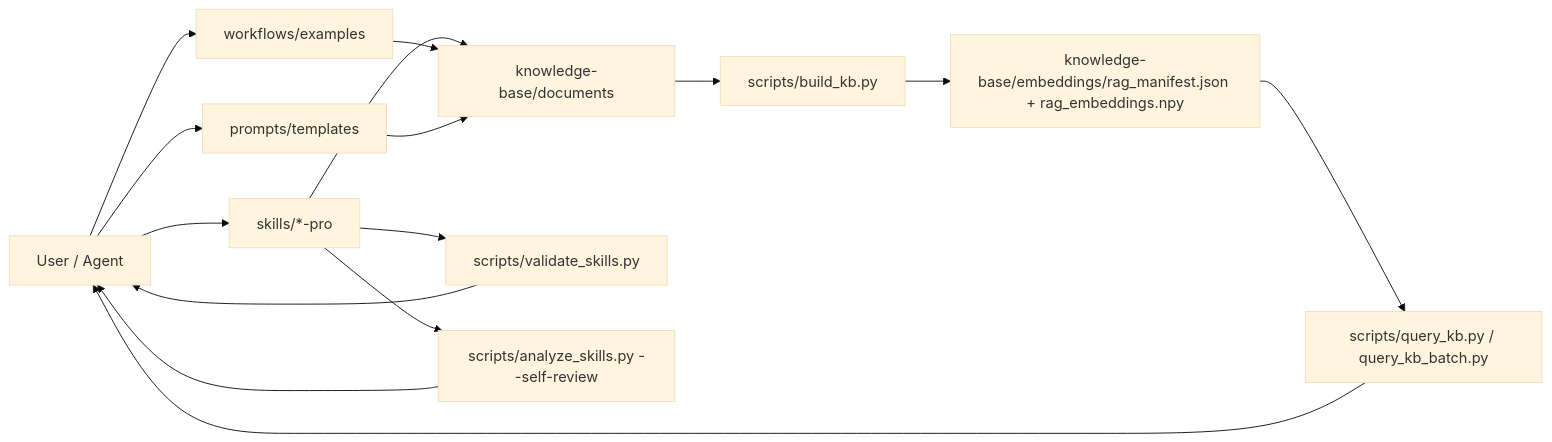
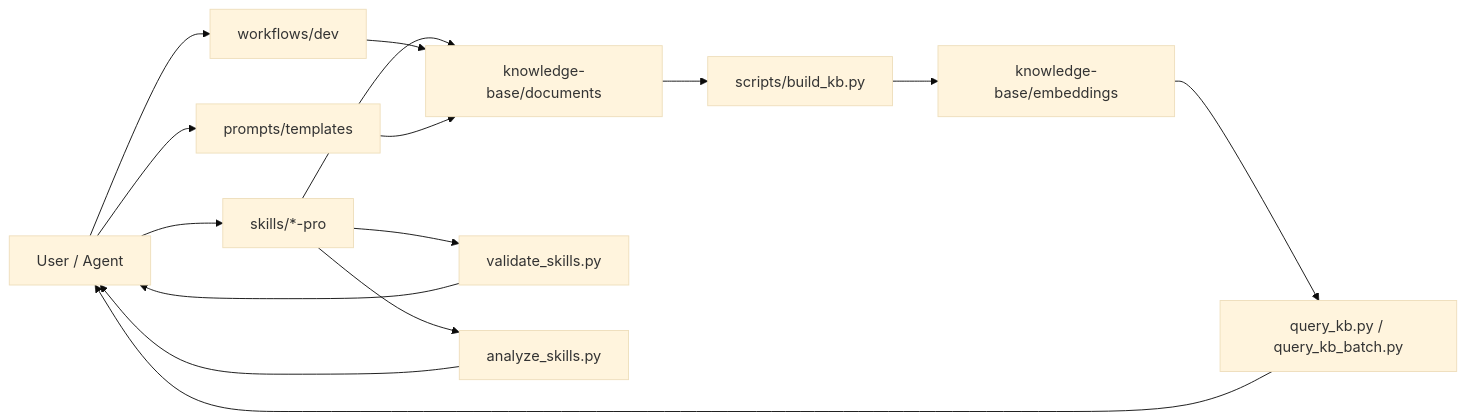
The diagram in README.md (truongnat/skills), drawn with Mermaid (base theme) before and after one commit. The commit also changed other lines of this file and 38 other files, not shown here.

````diff
--- a/README.md
+++ b/README.md
@@ -51,20 +55,20 @@
 ```mermaid
 flowchart LR
   USER[User / Agent] --> SKILLS[skills/*-pro]
-  USER --> WF[workflows/examples]
+  USER --> WF[workflows/dev]
   USER --> PROMPTS[prompts/templates]
 
   SKILLS --> DOCS[knowledge-base/documents]
   WF --> DOCS
   PROMPTS --> DOCS
 
   DOCS --> BUILD[scripts/build_kb.py]
-  BUILD --> EMB[knowledge-base/embeddings/rag_manifest.json + rag_embeddings.npy]
-  EMB --> QUERY[scripts/query_kb.py / query_kb_batch.py]
+  BUILD --> EMB[knowledge-base/embeddings]
+  EMB --> QUERY[query_kb.py / query_kb_batch.py]
   QUERY --> USER
 
-  SKILLS --> VALIDATE[scripts/validate_skills.py]
-  SKILLS --> ANALYZE[scripts/analyze_skills.py --self-review]
+  SKILLS --> VALIDATE[validate_skills.py]
+  SKILLS --> ANALYZE[analyze_skills.py]
   VALIDATE --> USER
   ANALYZE --> USER
 ```
````
